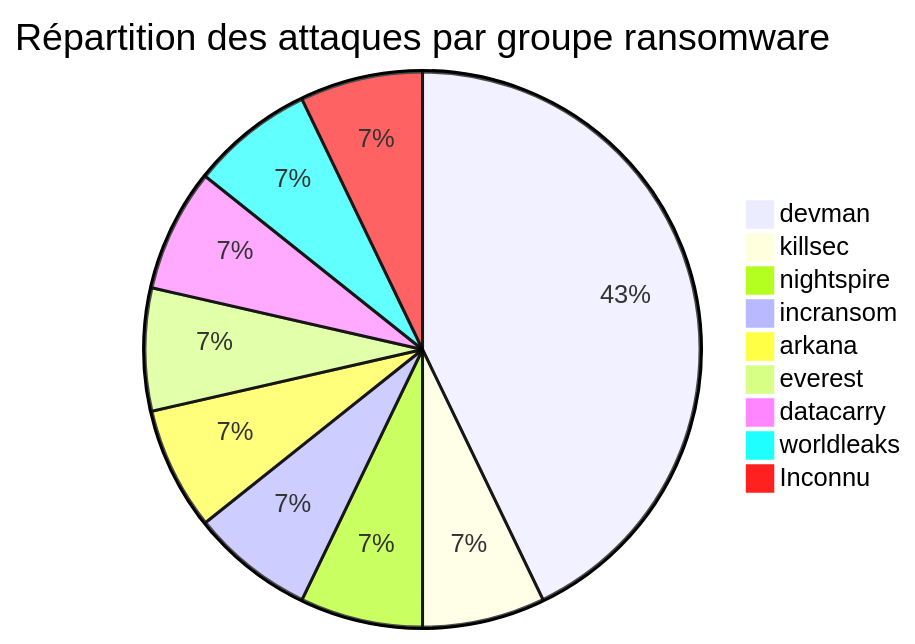
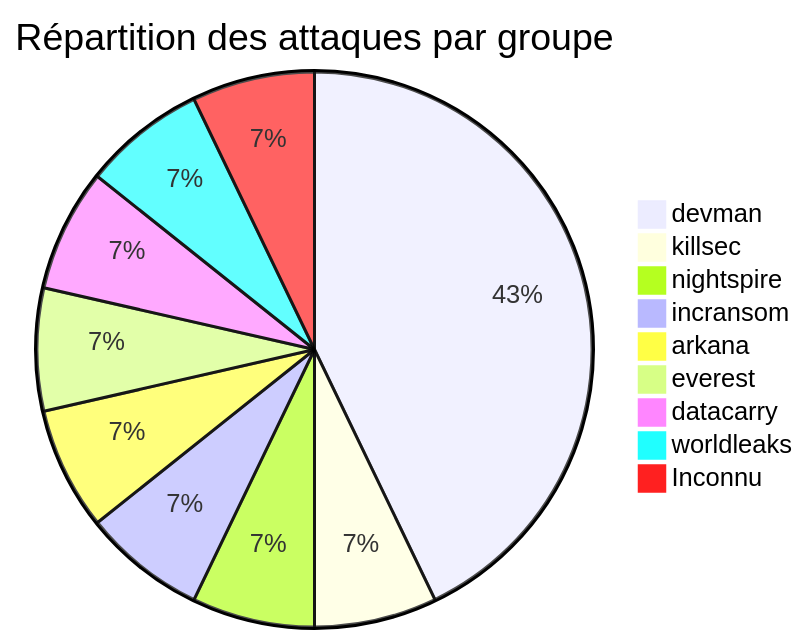
The first of 4 diagrams in reports/2025/05-may/README_FR.md (Hatchepsoute/AFRINTEL), drawn with Mermaid before and after one commit. The commit also changed 1 other file, not shown here.

Commit message:
Rapport CTI : Cyberattaques en Afrique Mai 2025

````diff
--- a/reports/2025/05-may/README_FR.md
+++ b/reports/2025/05-may/README_FR.md
@@ -31,12 +31,12 @@
 ```mermaid
-pie title Répartition des attaques par groupe ransomware
+pie title Répartition des attaques par groupe
     "devman" : 6
     "killsec" : 1
     "nightspire" : 1
     "incransom" : 1
     "arkana" : 1
     "everest" : 1
     "datacarry" : 1
     "worldleaks" : 1
     "Inconnu" : 1
 ```
````
